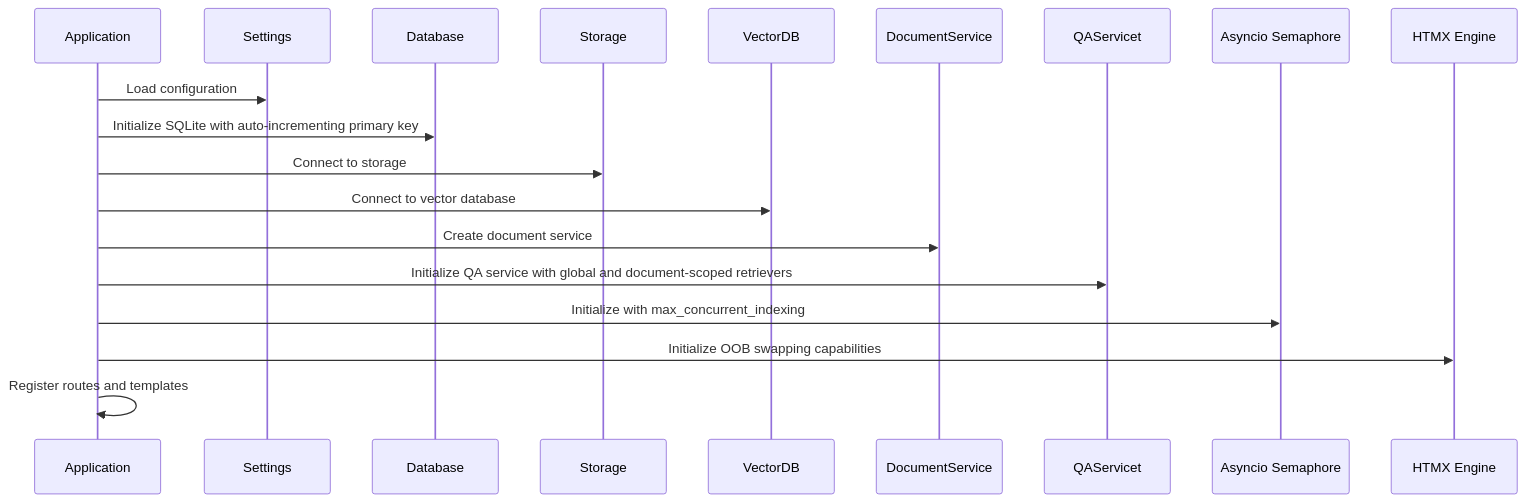
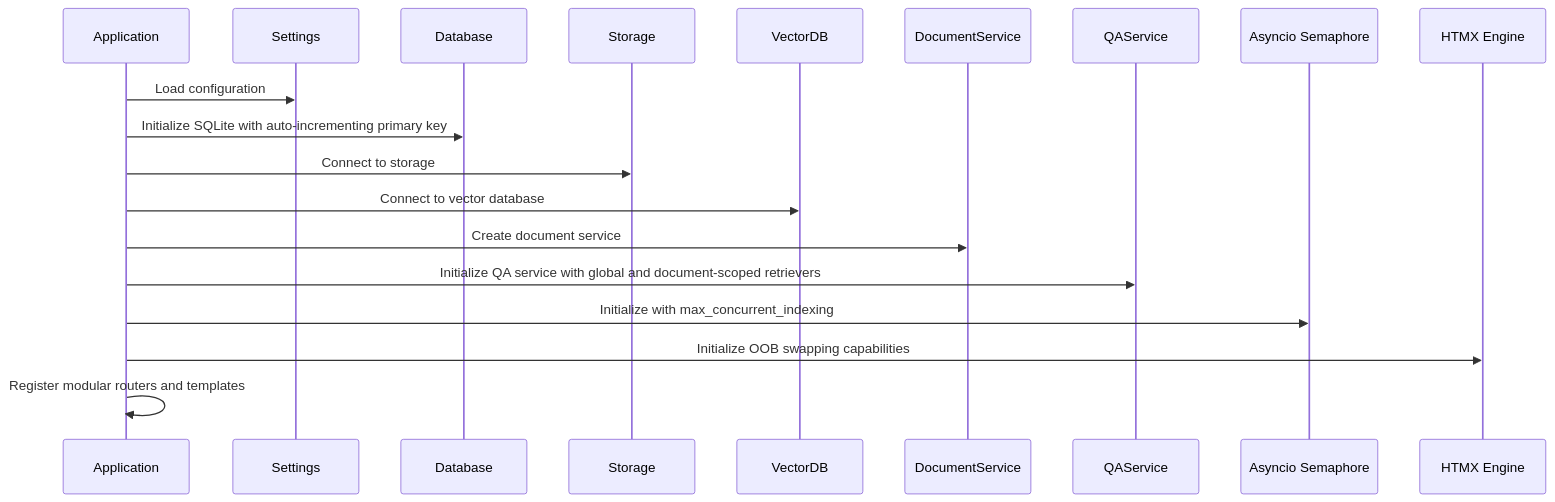
One commit to ognelis/cafetera_hr_bot changed the second of 26 diagrams in .qoder/repowiki/en/content/Document Management System.md. Above: the diagram before and after it, drawn with Mermaid. The commit also changed other lines of this file and 12 other files, not shown here.

````diff
--- a/.qoder/repowiki/en/content/Document Management System.md
+++ b/.qoder/repowiki/en/content/Document Management System.md
@@ -247,21 +263,21 @@
 ```mermaid
 sequenceDiagram
 participant App as Application
 participant Config as Settings
 participant DB as Database
 participant S3 as Storage
 participant Qdrant as VectorDB
 participant Service as DocumentService
-participant QAService as QAServicet
+participant QAService as QAService
 participant Semaphore as Asyncio Semaphore
 participant HTMX as HTMX Engine
 App->>Config : Load configuration
 App->>DB : Initialize SQLite with auto-incrementing primary key
 App->>S3 : Connect to storage
 App->>Qdrant : Connect to vector database
 App->>Service : Create document service
 App->>QAService : Initialize QA service with global and document-scoped retrievers
 App->>Semaphore : Initialize with max_concurrent_indexing
 App->>HTMX : Initialize OOB swapping capabilities
-App->>App : Register routes and templates
+App->>App : Register modular routers and templates
 ```
````
